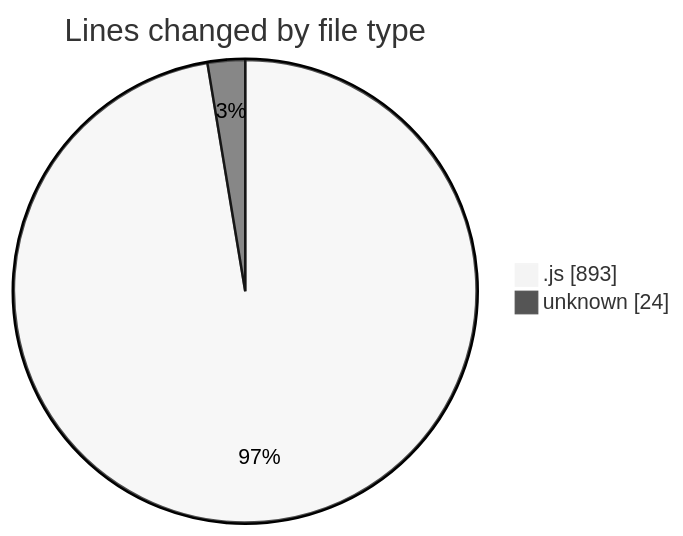
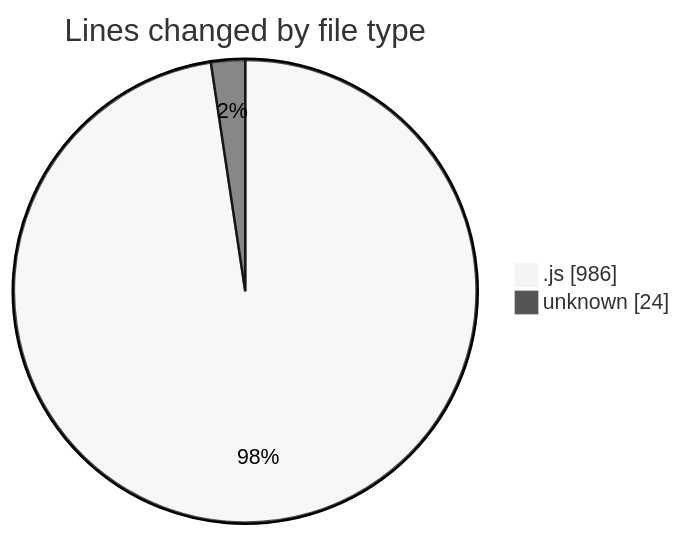
One commit to momahboobian/code-tracking changed the first of 2 diagrams in 2025-02-03/cda/README.md. Above: the diagram before and after it, drawn with Mermaid (neutral theme). The commit also changed other lines of this file and 1 other file, not shown here.

````diff
--- a/2025-02-03/cda/README.md
+++ b/2025-02-03/cda/README.md
@@ -24,6 +24,6 @@
 ```mermaid
 pie showData
 title Lines changed by file type
-".js" : 893
+".js" : 986
 "unknown" : 24
 ```
````
